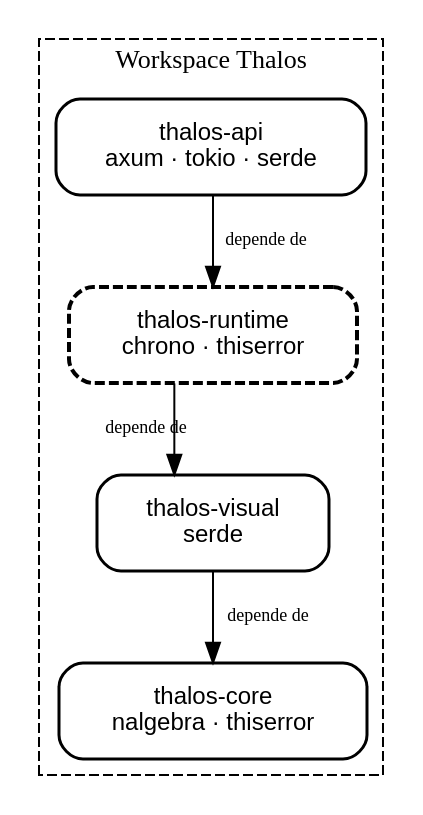
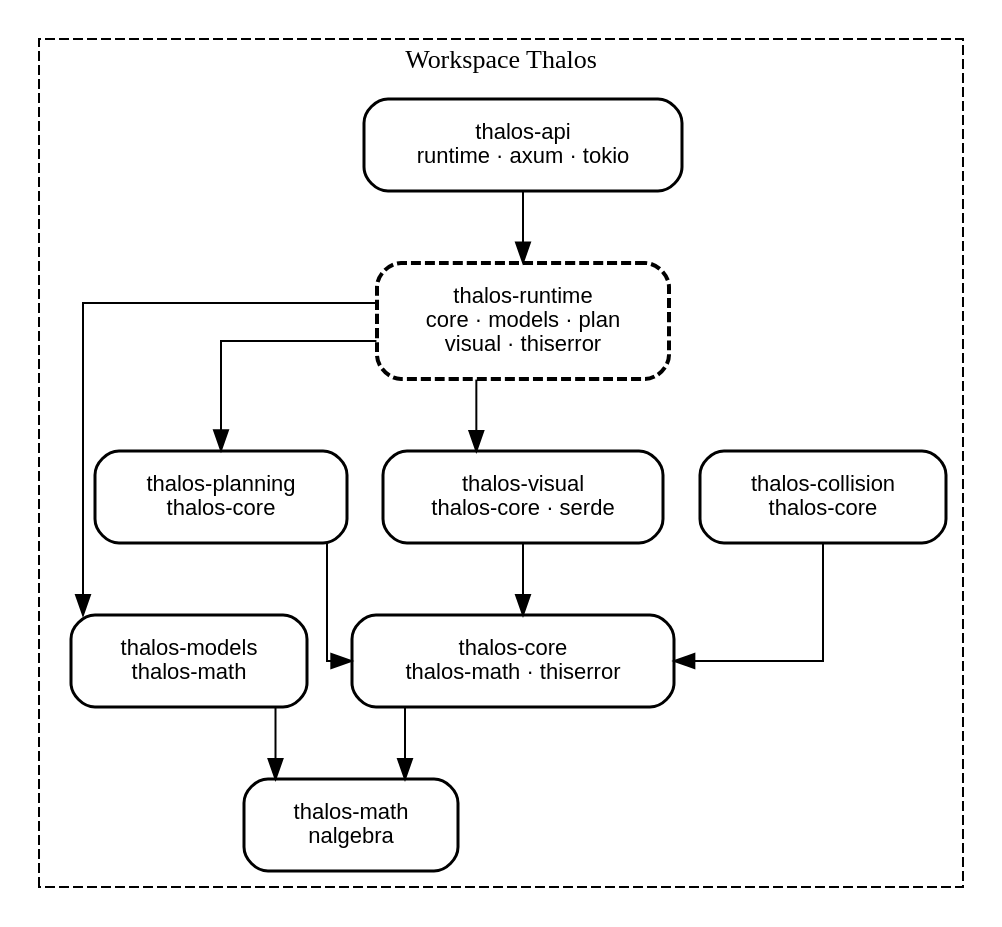
One commit to Void-CA/Thalos changed the diagram in docs/architecture.qmd. Above: the diagram before and after it, drawn with Graphviz. The commit also changed other lines of this file and 24 other files, not shown here.

First line of the commit message:
Add documentation for Thalos Intelligent Planning Architecture

````diff
--- a/docs/architecture.qmd
+++ b/docs/architecture.qmd
@@ -200,27 +210,38 @@
 ```{dot}
 //| fig-cap: "Mapa de dependencias del workspace"
 //| label: fig-dep-map
 digraph deps {
     rankdir=TB;
     splines=ortho;
-    node [shape=box, style=rounded, penwidth=1.5, fontname="sans-serif", fontsize=12, margin="0.3,0.15"];
+    node [shape=box, style=rounded, penwidth=1.5, fontname="sans-serif", fontsize=11, margin="0.3,0.15"];
 
     subgraph cluster_crates {
         label="Workspace Thalos";
         style=dashed;
         penwidth=1;
         fontsize=13;
 
-        api     [label="thalos-api\naxum · tokio · serde"];
-        runtime [label="thalos-runtime\nchrono · thiserror", style="rounded,dashed", penwidth=2];
-        visual  [label="thalos-visual\nserde"];
-        core    [label="thalos-core\nnalgebra · thiserror"];
+        math    [label="thalos-math\nnalgebra"];
+        core    [label="thalos-core\nthalos-math · thiserror"];
+        models  [label="thalos-models\nthalos-math"];
+        coll    [label="thalos-collision\nthalos-core"];
+        plan    [label="thalos-planning\nthalos-core"];
+        visual  [label="thalos-visual\nthalos-core · serde"];
+        runtime [label="thalos-runtime\ncore · models · plan\nvisual · thiserror", style="rounded,dashed", penwidth=2];
+        api     [label="thalos-api\nruntime · axum · tokio"];
     }
 
-    visual -> core [label="depende de", fontsize=9];
-    runtime -> visual [label="depende de", fontsize=9];
-    api -> runtime  [label="depende de", fontsize=9];
+    core -> math;
+    models -> math;
+    coll -> core;
+    plan -> core;
+    visual -> core;
+    runtime -> visual;
+    runtime -> models;
+    runtime -> plan;
+    api -> runtime;
+
     edge [style=invis, weight=10];
     runtime -> visual;
 }
 ```
````
